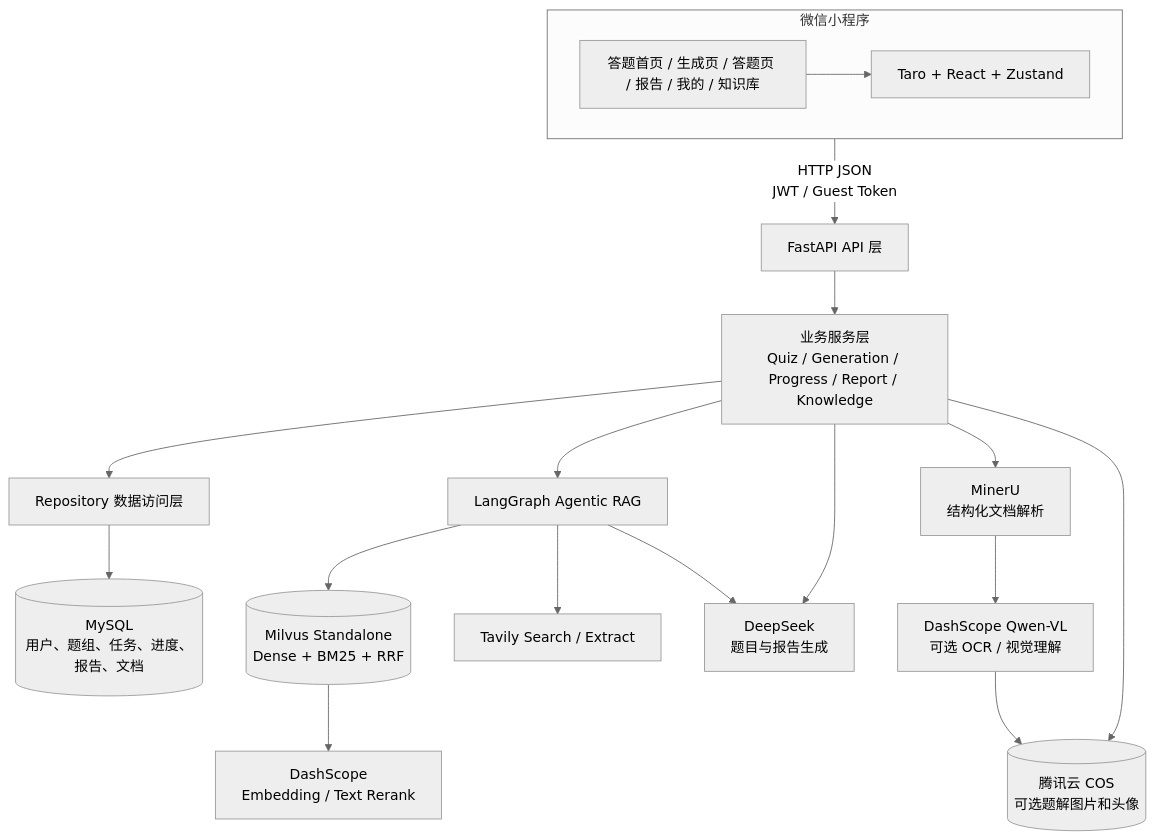
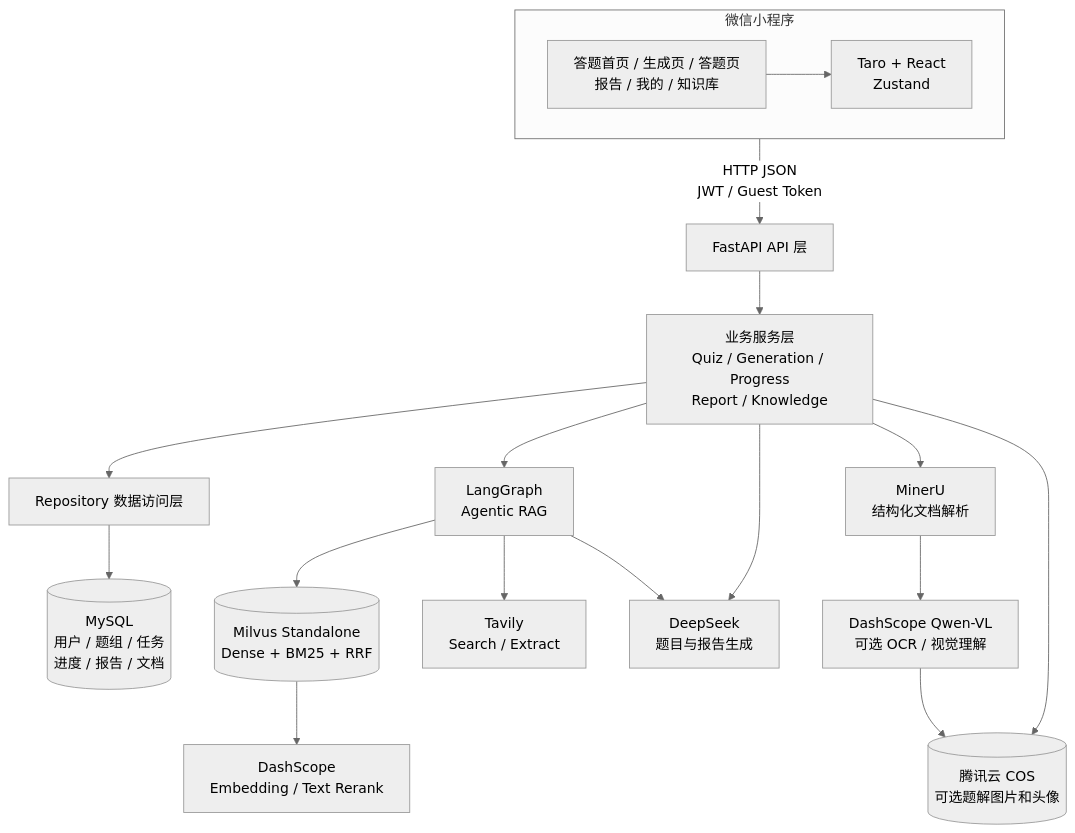
The first of 4 diagrams in README.md (YXCZS/EasyOffer), drawn with Mermaid (neutral theme) before and after one commit. The commit also changed other lines of this file, not shown here.

First line of the commit message:
优化README流程图展示效果

````diff
--- a/README.md
+++ b/README.md
@@ -68,35 +68,35 @@
 ```mermaid
 flowchart TB
     subgraph Client[微信小程序]
-      UI[答题首页 / 生成页 / 答题页 / 报告 / 我的 / 知识库]
-      Store[Taro + React + Zustand]
+      UI["答题首页 / 生成页 / 答题页<br/>报告 / 我的 / 知识库"]
+      Store["Taro + React<br/>Zustand"]
       UI --> Store
     end
 
     API[FastAPI API 层]
-    Service[业务服务层\nQuiz / Generation / Progress / Report / Knowledge]
+    Service["业务服务层<br/>Quiz / Generation / Progress<br/>Report / Knowledge"]
     Repo[Repository 数据访问层]
-    MySQL[(MySQL\n用户、题组、任务、进度、报告、文档)]
-    Agent[LangGraph Agentic RAG]
-    LLM[DeepSeek\n题目与报告生成]
-    Milvus[(Milvus Standalone\nDense + BM25 + RRF)]
-    Rerank[DashScope\nEmbedding / Text Rerank]
-    Tavily[Tavily Search / Extract]
-    MinerU[MinerU\n结构化文档解析]
-    Visual[DashScope Qwen-VL\n可选 OCR / 视觉理解]
-    COS[(腾讯云 COS\n可选题解图片和头像)]
+    MySQL[("MySQL<br/>用户 / 题组 / 任务<br/>进度 / 报告 / 文档")]
+    Agent["LangGraph<br/>Agentic RAG"]
+    LLM["DeepSeek<br/>题目与报告生成"]
+    Milvus[("Milvus Standalone<br/>Dense + BM25 + RRF")]
+    Rerank["DashScope<br/>Embedding / Text Rerank"]
+    Tavily["Tavily<br/>Search / Extract"]
+    MinerU["MinerU<br/>结构化文档解析"]
+    Visual["DashScope Qwen-VL<br/>可选 OCR / 视觉理解"]
+    COS[("腾讯云 COS<br/>可选题解图片和头像")]
 
-    Client -->|HTTP JSON\nJWT / Guest Token| API
+    Client -->|"HTTP JSON<br/>JWT / Guest Token"| API
     API --> Service
     Service --> Repo --> MySQL
     Service --> Agent
     Agent --> Milvus
     Agent --> Tavily
     Agent --> LLM
     Milvus --> Rerank
     Service --> LLM
     Service --> MinerU
     MinerU --> Visual
     Visual --> COS
     Service --> COS
 ```
````
